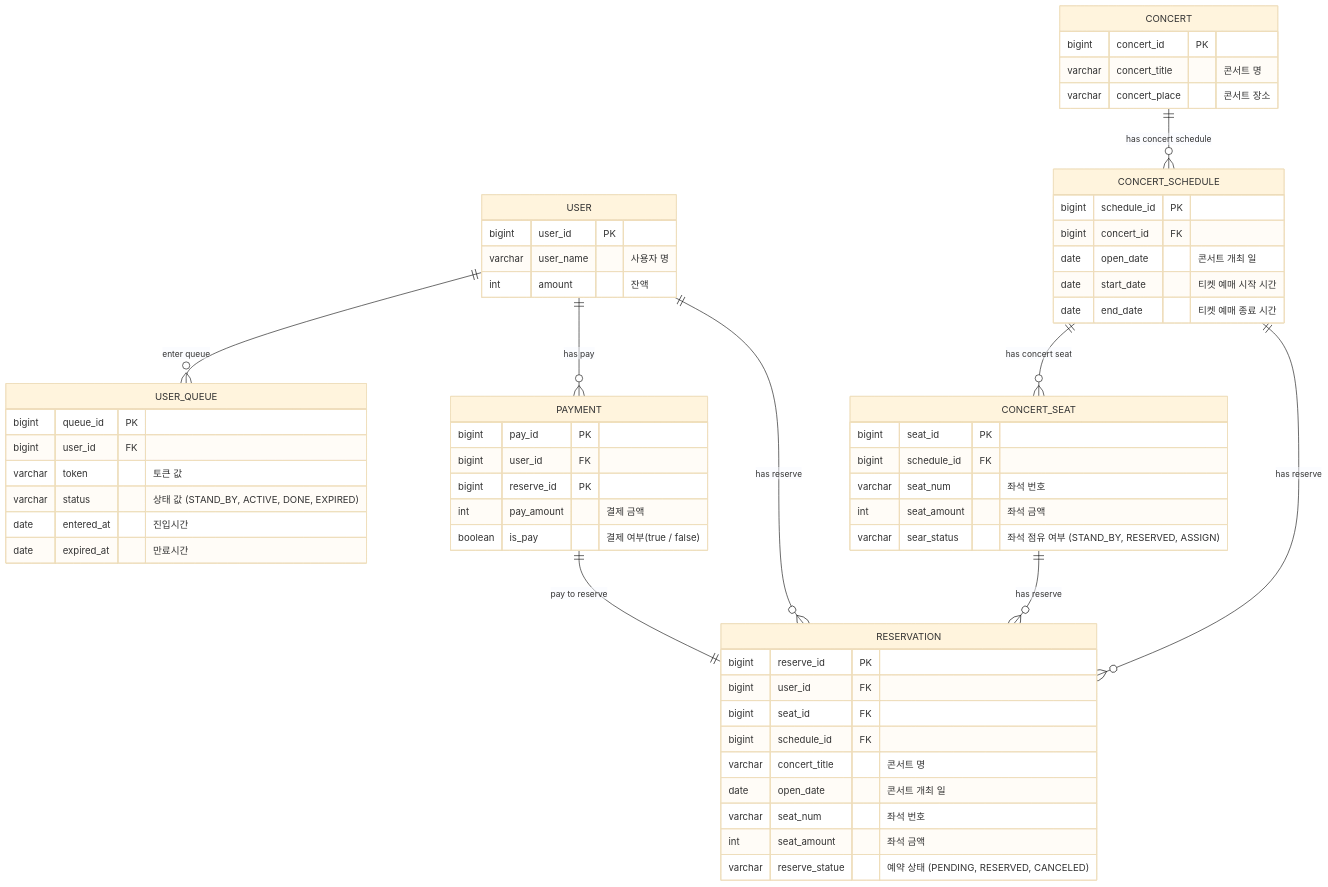
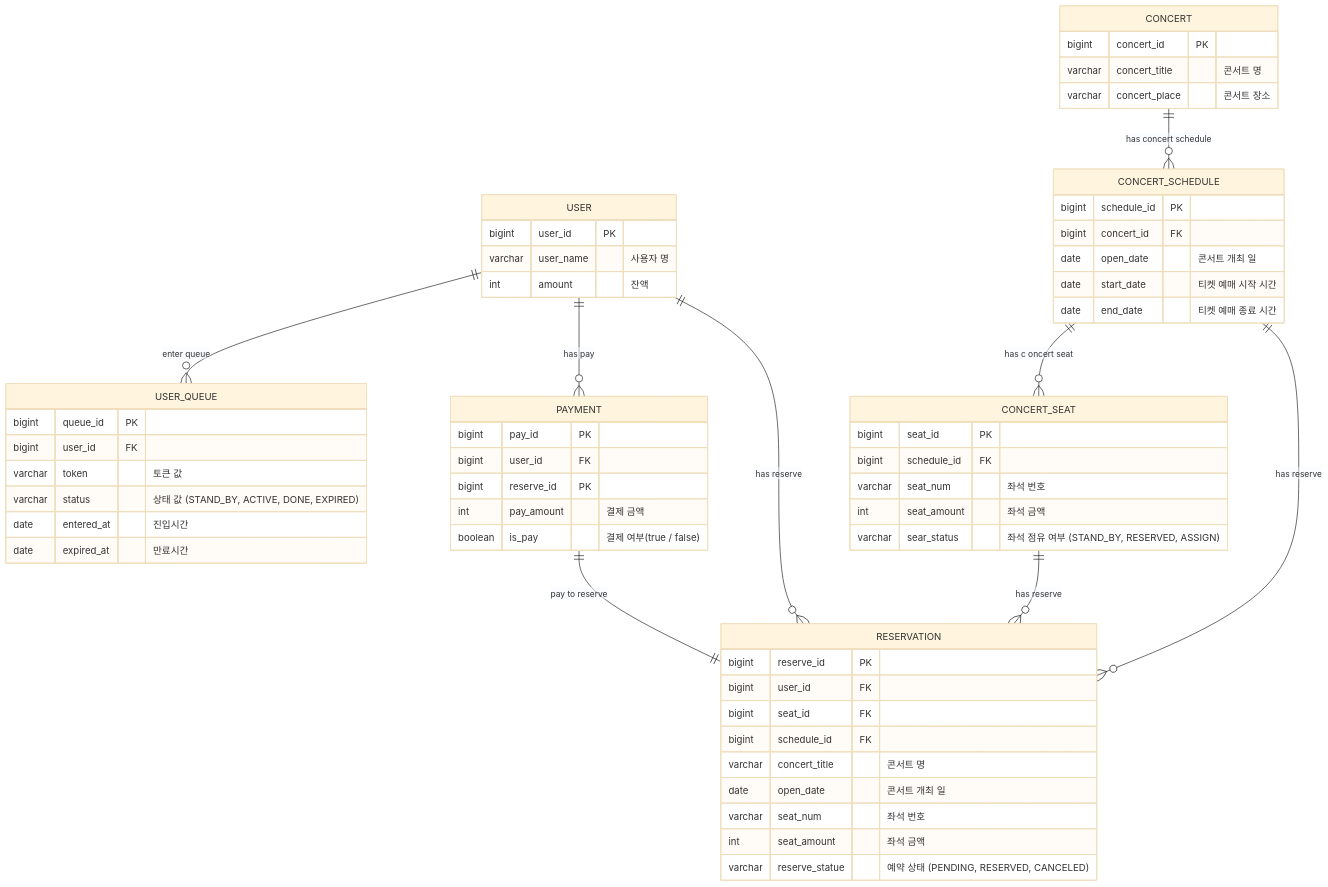
The diagram in docs/ERD.md (crimsorry/concert-service), drawn with Mermaid (base theme) before and after one commit. The commit also changed 44 other files, not shown here.

````diff
--- a/docs/ERD.md
+++ b/docs/ERD.md
@@ -3,62 +3,62 @@
 ```mermaid
 erDiagram
     USER {
         bigint user_id PK
         varchar user_name "사용자 명"
         int amount "잔액"
     }
     USER_QUEUE {
         bigint queue_id PK
         bigint user_id FK
         varchar token "토큰 값"
         varchar status "상태 값 (STAND_BY, ACTIVE, DONE, EXPIRED)"
         date entered_at "진입시간"
         date expired_at "만료시간"
     }
     CONCERT {
         bigint concert_id PK
         varchar concert_title "콘서트 명"
         varchar concert_place "콘서트 장소"
     }
     CONCERT_SCHEDULE {
         bigint schedule_id PK
         bigint concert_id FK
         date open_date "콘서트 개최 일"
         date start_date "티켓 예매 시작 시간"
         date end_date "티켓 예매 종료 시간"
     }
     CONCERT_SEAT {
         bigint seat_id PK
         bigint schedule_id FK
         varchar seat_num "좌석 번호"
         int seat_amount "좌석 금액"
         varchar sear_status "좌석 점유 여부 (STAND_BY, RESERVED, ASSIGN)"
     }
     PAYMENT {
         bigint pay_id PK
         bigint user_id FK
         bigint reserve_id PK
         int pay_amount "결제 금액"
         boolean is_pay "결제 여부(true / false)"
     }
     RESERVATION {
         bigint reserve_id PK
         bigint user_id FK
         bigint seat_id FK
         bigint schedule_id FK
         varchar concert_title "콘서트 명"
         date open_date "콘서트 개최 일"
         varchar seat_num "좌석 번호"
         int seat_amount "좌석 금액"
         varchar reserve_statue "예약 상태 (PENDING, RESERVED, CANCELED)"
     }
 	USER ||--o{ USER_QUEUE : "enter queue"
     USER ||--o{ PAYMENT : "has pay"
     USER ||--o{ RESERVATION : "has reserve"
     CONCERT ||--o{ CONCERT_SCHEDULE : "has concert schedule"
-    CONCERT_SCHEDULE ||--o{ CONCERT_SEAT : "has concert seat"
+    CONCERT_SCHEDULE ||--o{ CONCERT_SEAT : "has c oncert seat"
     CONCERT_SCHEDULE ||--o{ RESERVATION : "has reserve"
     PAYMENT ||--|| RESERVATION : "pay to reserve"
     CONCERT_SEAT ||--o{ RESERVATION : "has reserve"
     
 ```
````
